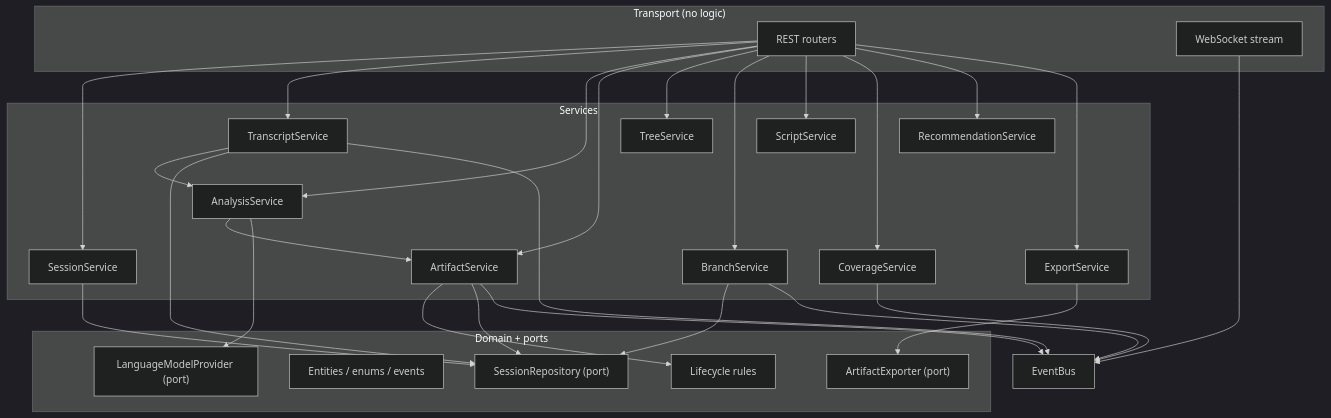
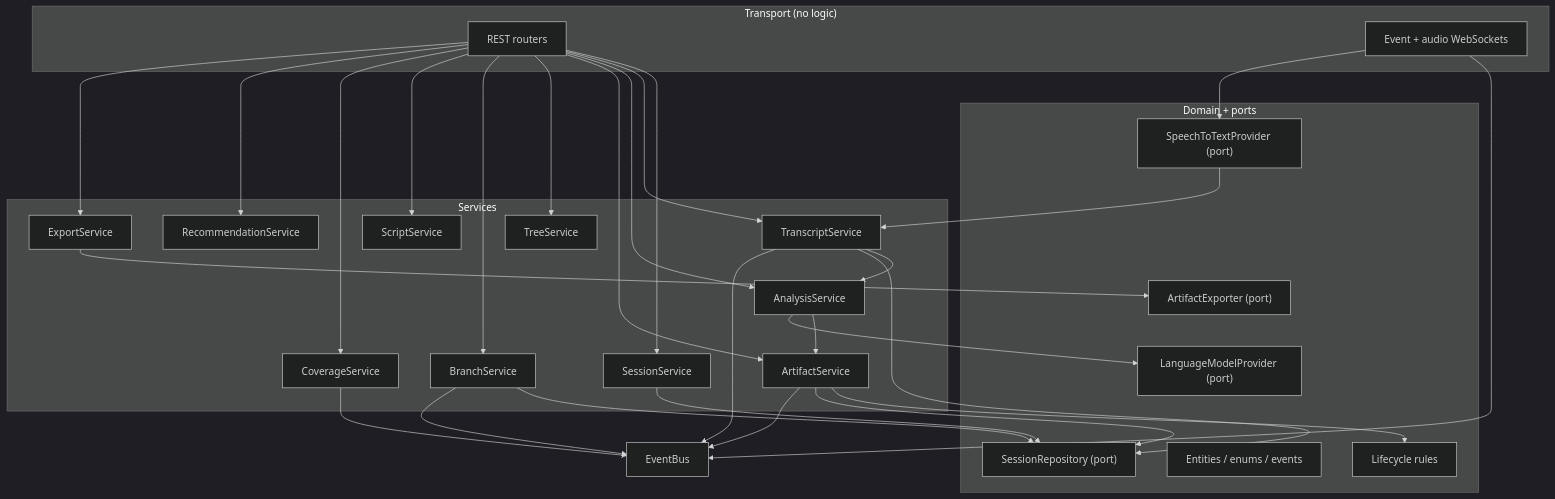
The third of 6 diagrams in docs/architecture/README.md (ryan-a-bell/SpecLive), drawn with Mermaid (dark theme) before and after one commit. The commit also changed other lines of this file and 40 other files, not shown here.

````diff
--- a/docs/architecture/README.md
+++ b/docs/architecture/README.md
@@ -67,34 +69,37 @@
 ```mermaid
 flowchart TB
     subgraph transport["Transport (no logic)"]
       rest["REST routers"]
-      ws["WebSocket stream"]
+      ws["Event + audio WebSockets"]
     end
     subgraph svc["Services"]
       session["SessionService"]
       transcript["TranscriptService"]
       analysis["AnalysisService"]
       artifact["ArtifactService"]
       tree["TreeService"]
       branch["BranchService"]
       script["ScriptService"]
       coverage["CoverageService"]
       recommend["RecommendationService"]
       export["ExportService"]
     end
     subgraph core["Domain + ports"]
       lifecycle["Lifecycle rules"]
       entities["Entities / enums / events"]
       repoport["SessionRepository (port)"]
       llmport["LanguageModelProvider (port)"]
+      sttport["SpeechToTextProvider (port)"]
       exporter["ArtifactExporter (port)"]
     end
 
     rest --> session & transcript & analysis & artifact & tree & branch & script & coverage & recommend & export
     ws --> bus["EventBus"]
+    ws --> sttport
+    sttport --> transcript
     transcript --> analysis --> artifact --> lifecycle
     analysis --> llmport
     export --> exporter
     session & transcript & artifact & branch --> repoport
     artifact & transcript & branch & coverage --> bus
 ```
````
